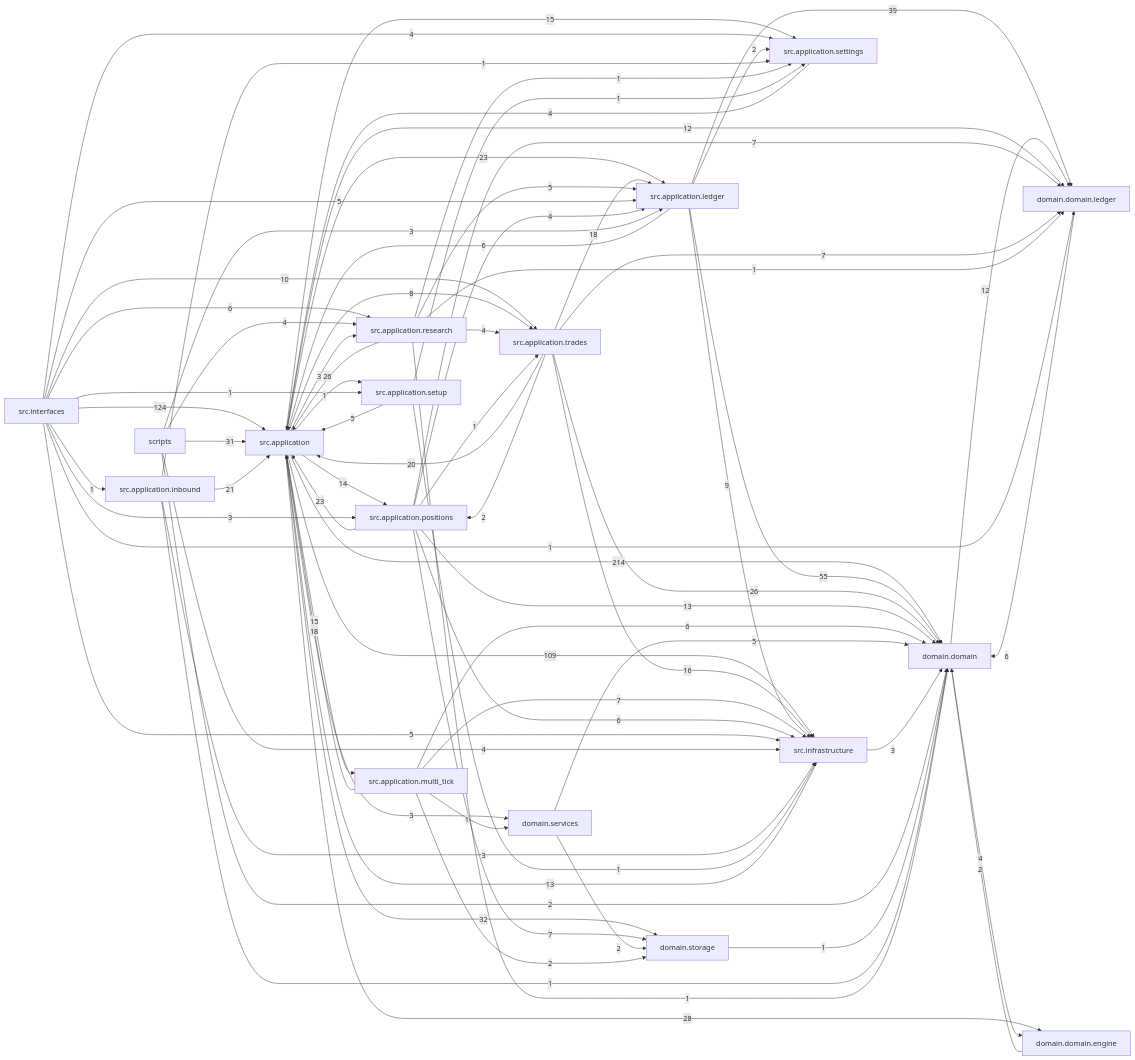
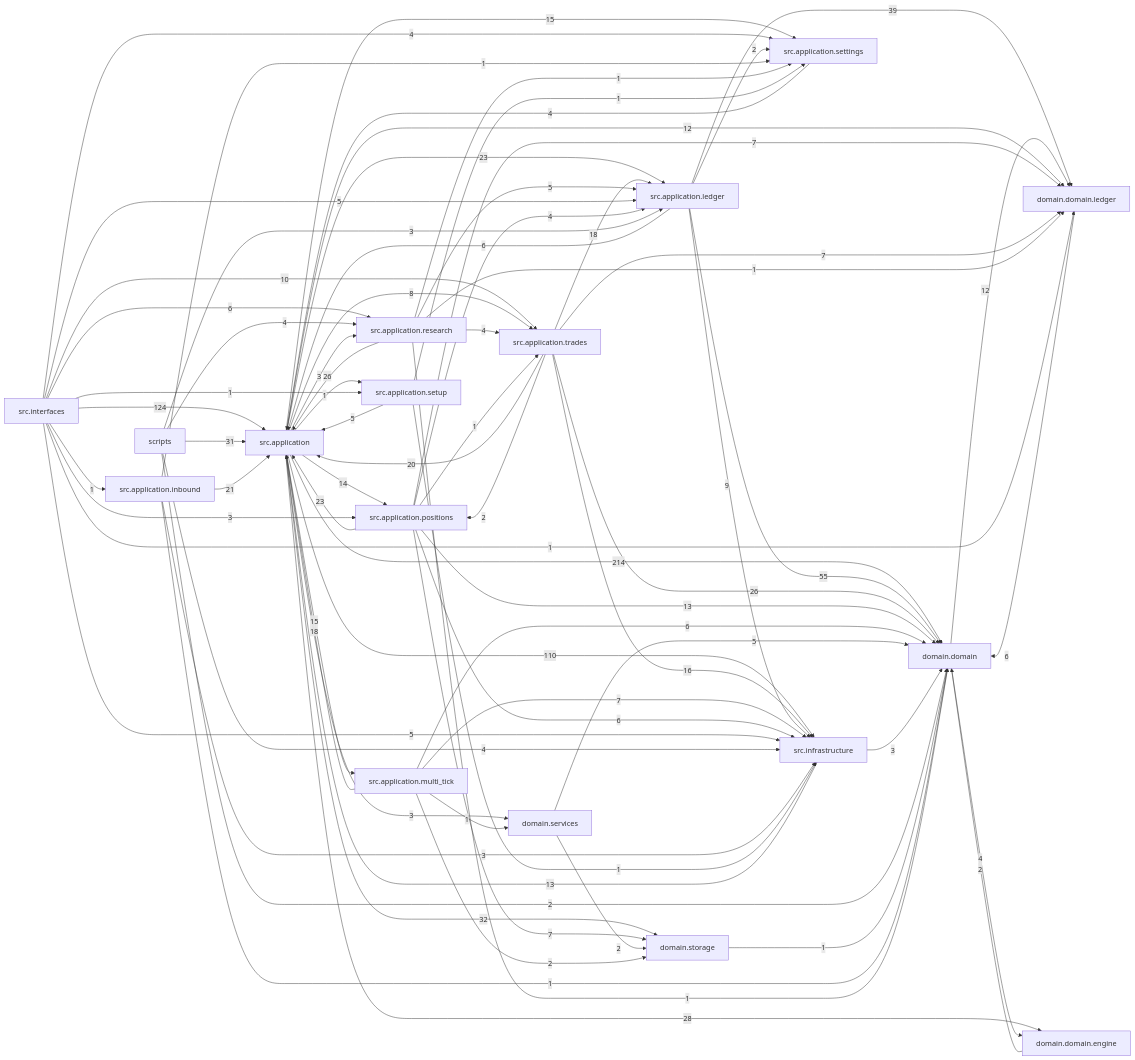
One commit to liuxie066/options-monitor changed the diagram in docs/dependency_graph.mmd. Above: the diagram before and after it, drawn with Mermaid. The commit also changed 10 other files, not shown here.

```diff
--- a/docs/dependency_graph.mmd
+++ b/docs/dependency_graph.mmd
@@ -1,75 +1,75 @@
 flowchart LR
   src_application["src.application"] -->|214| domain_domain["domain.domain"]
   src_interfaces["src.interfaces"] -->|124| src_application["src.application"]
-  src_application["src.application"] -->|109| src_infrastructure["src.infrastructure"]
+  src_application["src.application"] -->|110| src_infrastructure["src.infrastructure"]
   src_application_ledger["src.application.ledger"] -->|55| domain_domain["domain.domain"]
   src_application_ledger["src.application.ledger"] -->|39| domain_domain_ledger["domain.domain.ledger"]
   src_application["src.application"] -->|32| domain_storage["domain.storage"]
   scripts["scripts"] -->|31| src_application["src.application"]
   src_application["src.application"] -->|28| domain_domain_engine["domain.domain.engine"]
   src_application_research["src.application.research"] -->|26| src_application["src.application"]
   src_application_trades["src.application.trades"] -->|26| domain_domain["domain.domain"]
   src_application["src.application"] -->|23| src_application_ledger["src.application.ledger"]
   src_application_positions["src.application.positions"] -->|23| src_application["src.application"]
   src_application_inbound["src.application.inbound"] -->|21| src_application["src.application"]
   src_application_trades["src.application.trades"] -->|20| src_application["src.application"]
   src_application_multi_tick["src.application.multi_tick"] -->|18| src_application["src.application"]
   src_application_trades["src.application.trades"] -->|18| src_application_ledger["src.application.ledger"]
   src_application_trades["src.application.trades"] -->|16| src_infrastructure["src.infrastructure"]
   src_application["src.application"] -->|15| src_application_multi_tick["src.application.multi_tick"]
   src_application["src.application"] -->|15| src_application_settings["src.application.settings"]
   src_application["src.application"] -->|14| src_application_positions["src.application.positions"]
   src_application_positions["src.application.positions"] -->|13| domain_domain["domain.domain"]
   src_infrastructure["src.infrastructure"] -->|13| src_application["src.application"]
   domain_domain["domain.domain"] -->|12| domain_domain_ledger["domain.domain.ledger"]
   src_application["src.application"] -->|12| domain_domain_ledger["domain.domain.ledger"]
   src_interfaces["src.interfaces"] -->|10| src_application_trades["src.application.trades"]
   src_application_ledger["src.application.ledger"] -->|9| src_infrastructure["src.infrastructure"]
   src_application["src.application"] -->|8| src_application_trades["src.application.trades"]
   src_application_multi_tick["src.application.multi_tick"] -->|7| src_infrastructure["src.infrastructure"]
   src_application_positions["src.application.positions"] -->|7| domain_domain_ledger["domain.domain.ledger"]
   src_application_positions["src.application.positions"] -->|7| domain_storage["domain.storage"]
   src_application_trades["src.application.trades"] -->|7| domain_domain_ledger["domain.domain.ledger"]
   domain_domain_ledger["domain.domain.ledger"] -->|6| domain_domain["domain.domain"]
   src_application_ledger["src.application.ledger"] -->|6| src_application["src.application"]
   src_application_multi_tick["src.application.multi_tick"] -->|6| domain_domain["domain.domain"]
   src_application_positions["src.application.positions"] -->|6| src_infrastructure["src.infrastructure"]
   src_interfaces["src.interfaces"] -->|6| src_application_research["src.application.research"]
   domain_services["domain.services"] -->|5| domain_domain["domain.domain"]
   src_application_research["src.application.research"] -->|5| src_application_ledger["src.application.ledger"]
   src_application_setup["src.application.setup"] -->|5| src_application["src.application"]
   src_interfaces["src.interfaces"] -->|5| src_application_ledger["src.application.ledger"]
   src_interfaces["src.interfaces"] -->|5| src_infrastructure["src.infrastructure"]
   domain_domain["domain.domain"] -->|4| domain_domain_engine["domain.domain.engine"]
   scripts["scripts"] -->|4| src_application_research["src.application.research"]
   scripts["scripts"] -->|4| src_infrastructure["src.infrastructure"]
   src_application_positions["src.application.positions"] -->|4| src_application_ledger["src.application.ledger"]
   src_application_research["src.application.research"] -->|4| src_application_trades["src.application.trades"]
   src_application_settings["src.application.settings"] -->|4| src_application["src.application"]
   src_interfaces["src.interfaces"] -->|4| src_application_settings["src.application.settings"]
   scripts["scripts"] -->|3| src_application_ledger["src.application.ledger"]
   src_application["src.application"] -->|3| domain_services["domain.services"]
   src_application["src.application"] -->|3| src_application_research["src.application.research"]
   src_application_inbound["src.application.inbound"] -->|3| src_infrastructure["src.infrastructure"]
   src_infrastructure["src.infrastructure"] -->|3| domain_domain["domain.domain"]
   src_interfaces["src.interfaces"] -->|3| src_application_positions["src.application.positions"]
   domain_domain_engine["domain.domain.engine"] -->|2| domain_domain["domain.domain"]
   domain_services["domain.services"] -->|2| domain_storage["domain.storage"]
   scripts["scripts"] -->|2| domain_domain["domain.domain"]
   src_application_ledger["src.application.ledger"] -->|2| src_application_settings["src.application.settings"]
   src_application_multi_tick["src.application.multi_tick"] -->|2| domain_storage["domain.storage"]
   src_application_trades["src.application.trades"] -->|2| src_application_positions["src.application.positions"]
   domain_storage["domain.storage"] -->|1| domain_domain["domain.domain"]
   src_application["src.application"] -->|1| src_application_setup["src.application.setup"]
   src_application_inbound["src.application.inbound"] -->|1| domain_domain["domain.domain"]
   src_application_inbound["src.application.inbound"] -->|1| src_application_settings["src.application.settings"]
   src_application_multi_tick["src.application.multi_tick"] -->|1| domain_services["domain.services"]
   src_application_positions["src.application.positions"] -->|1| src_application_trades["src.application.trades"]
   src_application_research["src.application.research"] -->|1| domain_domain["domain.domain"]
   src_application_research["src.application.research"] -->|1| domain_domain_ledger["domain.domain.ledger"]
   src_application_research["src.application.research"] -->|1| src_application_settings["src.application.settings"]
   src_application_setup["src.application.setup"] -->|1| src_application_settings["src.application.settings"]
   src_application_setup["src.application.setup"] -->|1| src_infrastructure["src.infrastructure"]
   src_interfaces["src.interfaces"] -->|1| domain_domain_ledger["domain.domain.ledger"]
   src_interfaces["src.interfaces"] -->|1| src_application_inbound["src.application.inbound"]
   src_interfaces["src.interfaces"] -->|1| src_application_setup["src.application.setup"]
```
